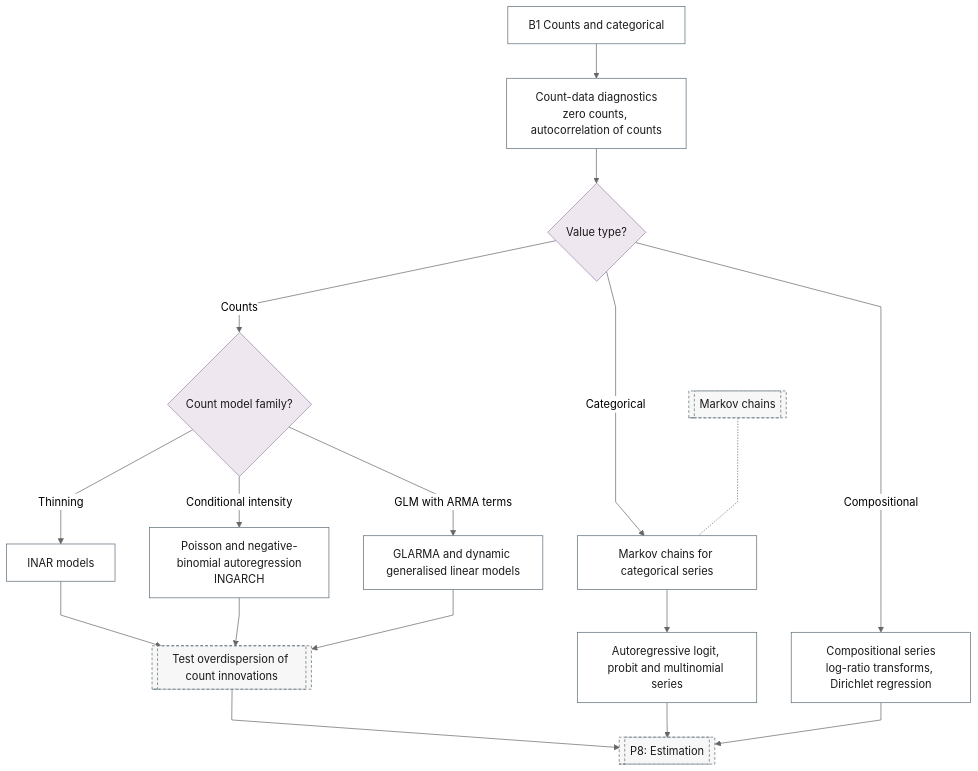
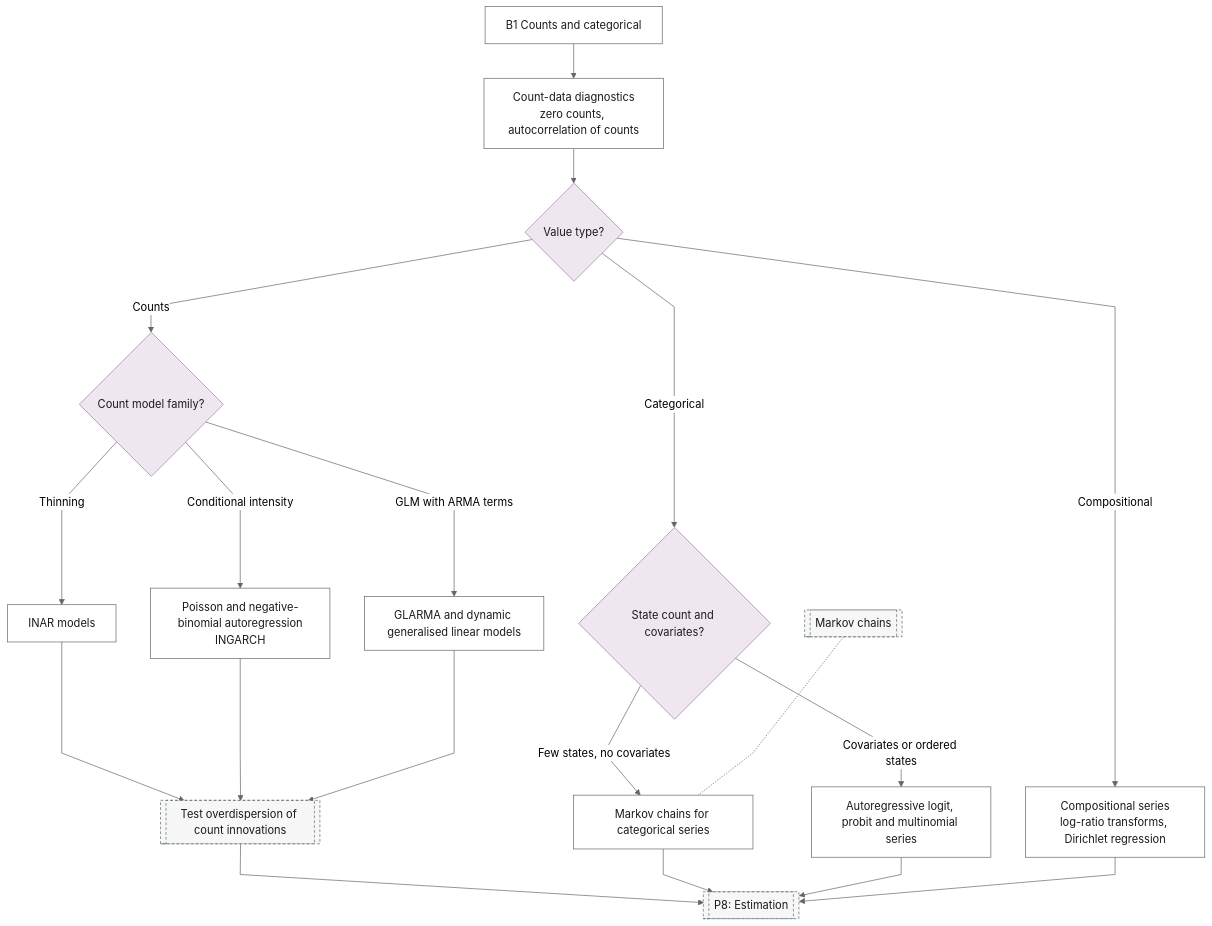
One commit to Shuxin-Y/time-series-analysis-manual changed the diagram in docs/reference/16-count-categorical/index.md. Above: the diagram before and after it, drawn with Mermaid (neutral theme). The commit also changed 5 other files, not shown here.

First line of the commit message:
fix(flowchart): the last alternative chains become fan-outs (rev1 M8, rev2 N10, rev3 N8)

````diff
--- a/docs/reference/16-count-categorical/index.md
+++ b/docs/reference/16-count-categorical/index.md
@@ -7,28 +7,29 @@
 ```mermaid
 %%{init: {"flowchart": {"curve": "linear"}}}%%
 graph TD
     B1["B1 Counts and categorical"] --> B1_COUNT_EDA["Count-data diagnostics<br/>zero counts, autocorrelation of counts"]
     B1_COUNT_EDA --> B1_VALUE{"Value type?"}
     B1_VALUE -->|"Counts"| B1_COUNT_FAMILY{"Count model family?"}
-    B1_VALUE -->|"Categorical"| B1_MARKOV_CHAIN["Markov chains for categorical series"]
+    B1_VALUE -->|"Categorical"| B1_CATEGORICAL_Q{"State count and covariates?"}
+    B1_CATEGORICAL_Q -->|"Few states, no covariates"| B1_MARKOV_CHAIN["Markov chains for categorical series"]
+    B1_CATEGORICAL_Q -->|"Covariates or ordered states"| B1_AR_LOGIT["Autoregressive logit, probit and multinomial series"]
     B1_VALUE -->|"Compositional"| B1_COMPOSITIONAL["Compositional series<br/>log-ratio transforms, Dirichlet regression"]
     B1_COUNT_FAMILY -->|"Thinning"| B1_INAR["INAR models"]
     B1_COUNT_FAMILY -->|"Conditional intensity"| B1_POISSON_AR["Poisson and negative-binomial autoregression<br/>INGARCH"]
     B1_COUNT_FAMILY -->|"GLM with ARMA terms"| B1_GLARMA["GLARMA and dynamic generalised linear models"]
-    B1_MARKOV_CHAIN --> B1_AR_LOGIT["Autoregressive logit, probit and multinomial series"]
     B1_INAR & B1_POISSON_AR & B1_GLARMA --> P7_COUNT_TESTS[["Test overdispersion of count innovations"]]
     P7_COUNT_TESTS --> P8[["P8: Estimation"]]
-    B1_AR_LOGIT & B1_COMPOSITIONAL --> P8
+    B1_MARKOV_CHAIN & B1_AR_LOGIT & B1_COMPOSITIONAL --> P8
     F_MARKOV[["Markov chains"]] -.- B1_MARKOV_CHAIN
-    class B1_VALUE,B1_COUNT_FAMILY decision
-    class B1,B1_COUNT_EDA,B1_MARKOV_CHAIN,B1_COMPOSITIONAL,B1_INAR,B1_POISSON_AR,B1_GLARMA,B1_AR_LOGIT process
+    class B1_VALUE,B1_COUNT_FAMILY,B1_CATEGORICAL_Q decision
+    class B1,B1_COUNT_EDA,B1_MARKOV_CHAIN,B1_AR_LOGIT,B1_COMPOSITIONAL,B1_INAR,B1_POISSON_AR,B1_GLARMA process
     class P7_COUNT_TESTS,P8,F_MARKOV ref
     classDef terminator fill:#E6F2F7,stroke:#007BA7,color:#1A1A1A;
     classDef process fill:#FFFFFF,stroke:#5A6B73,color:#1A1A1A;
     classDef decision fill:#EFE7F0,stroke:#9B7FA7,color:#1A1A1A;
     classDef data fill:#FFF4E0,stroke:#C9A55E,color:#1A1A1A;
     classDef good fill:#DCEFD8,stroke:#4A7A3F,color:#1A1A1A;
     classDef escalate fill:#FFE9C2,stroke:#C9A55E,color:#1A1A1A;
     classDef problem fill:#F2D9DE,stroke:#800020,color:#1A1A1A;
     classDef ref fill:#F7F7F7,stroke:#5A6B73,color:#1A1A1A,stroke-dasharray:4 3;
 ```
````
